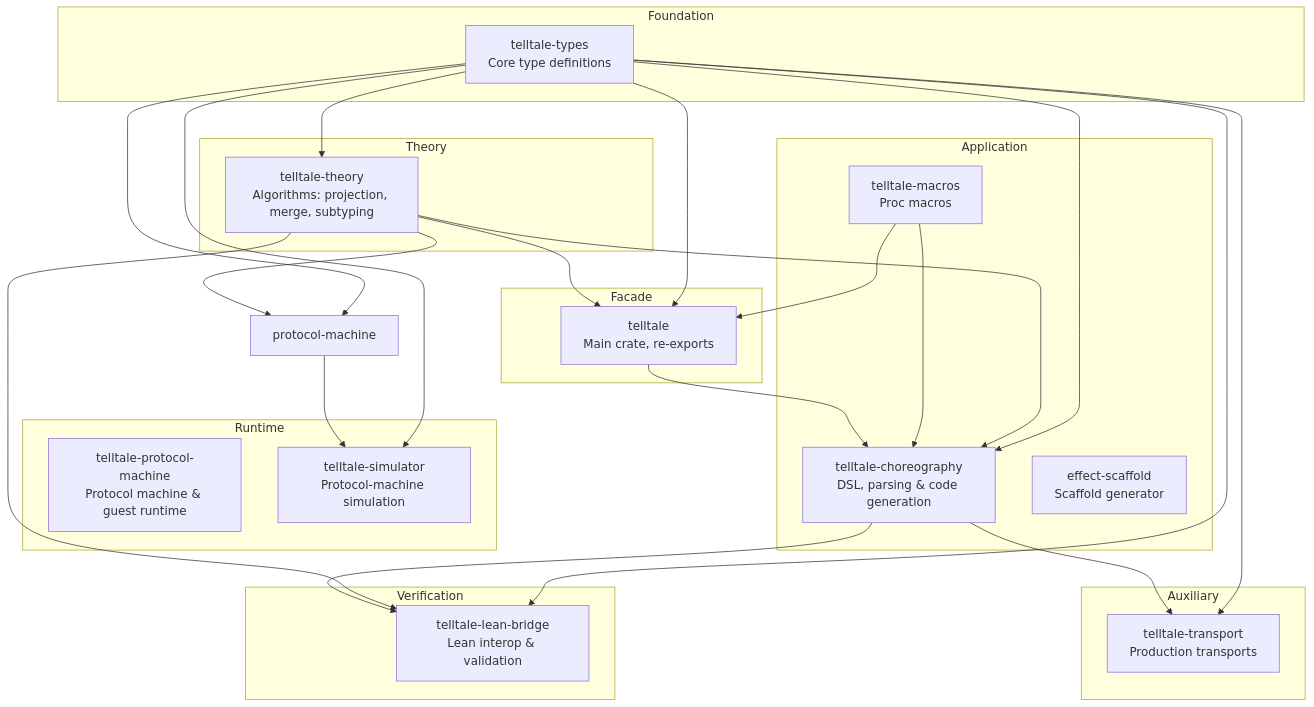
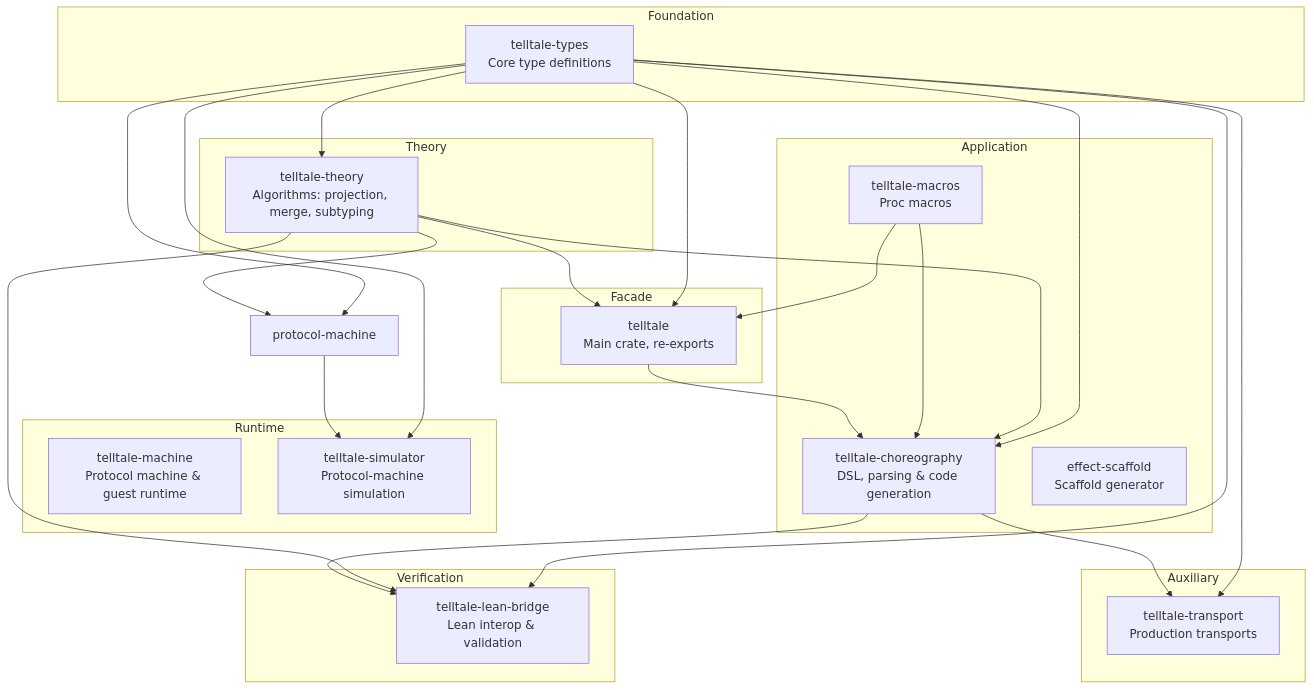
Before and after one commit to hxrts/telltale: the diagram in docs/04_code_organization.md, drawn with Mermaid. The commit also changed other lines of this file and 245 other files, not shown here.

First line of the commit message:
rename: telltale-protocol-machine to telltale-machine

````diff
--- a/docs/04_code_organization.md
+++ b/docs/04_code_organization.md
@@ -34,56 +34,56 @@
 ```mermaid
 graph TB
     subgraph Foundation
         types["telltale-types<br/>Core type definitions"]
     end
 
     subgraph Theory
         theory["telltale-theory<br/>Algorithms: projection, merge, subtyping"]
     end
 
     subgraph Verification
         lean["telltale-lean-bridge<br/>Lean interop & validation"]
     end
 
     subgraph Runtime
-        vm["telltale-protocol-machine<br/>Protocol machine & guest runtime"]
+        vm["telltale-machine<br/>Protocol machine & guest runtime"]
         simulator["telltale-simulator<br/>Protocol-machine simulation"]
     end
 
     subgraph Application
         choreo["telltale-choreography<br/>DSL, parsing & code generation"]
         macros["telltale-macros<br/>Proc macros"]
         scaffold["effect-scaffold<br/>Scaffold generator"]
     end
 
     subgraph Facade
         main["telltale<br/>Main crate, re-exports"]
     end
 
     subgraph Auxiliary
         transport["telltale-transport<br/>Production transports"]
     end
 
     types --> theory
     types --> main
     types --> choreo
     types --> lean
     types --> protocol-machine
     types --> simulator
 
     theory --> main
     theory --> protocol-machine
     theory --> choreo
     theory --> lean
 
     protocol-machine --> simulator
 
     macros --> main
     macros --> choreo
     main --> choreo
 
     choreo --> lean
 
     types --> transport
     choreo --> transport
 ```
````
